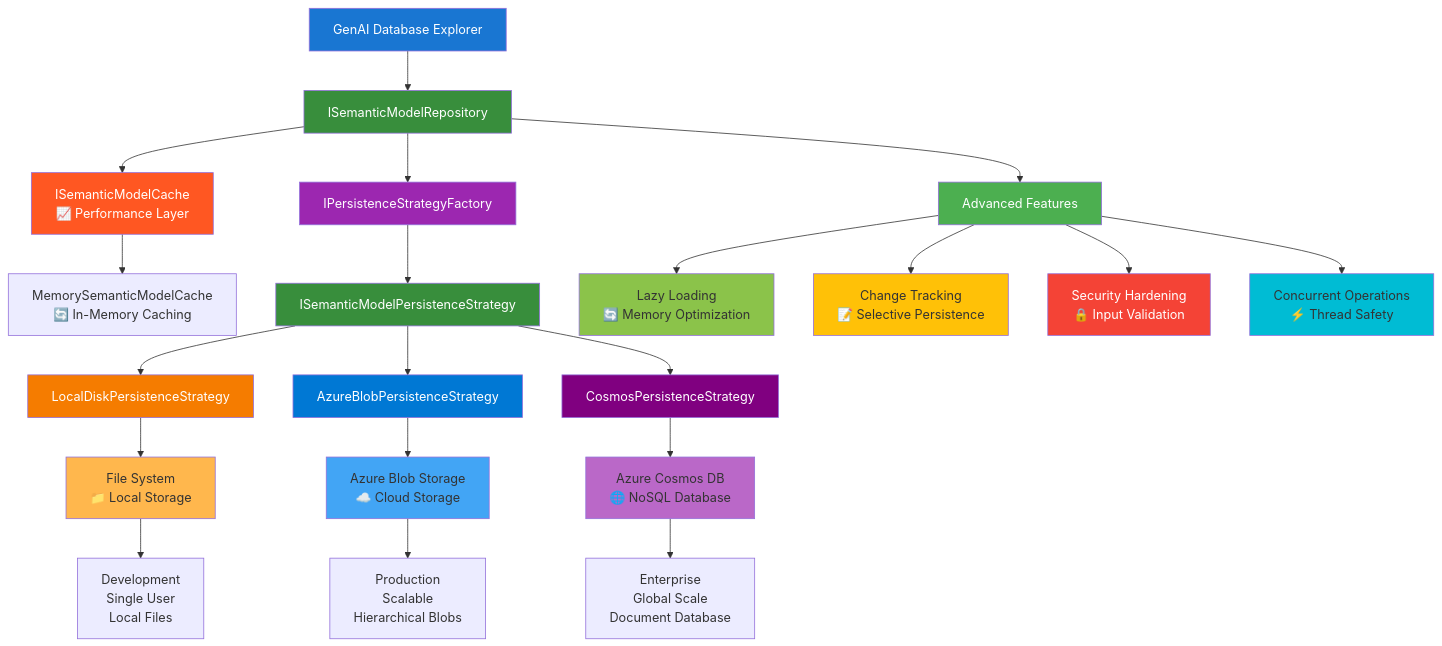
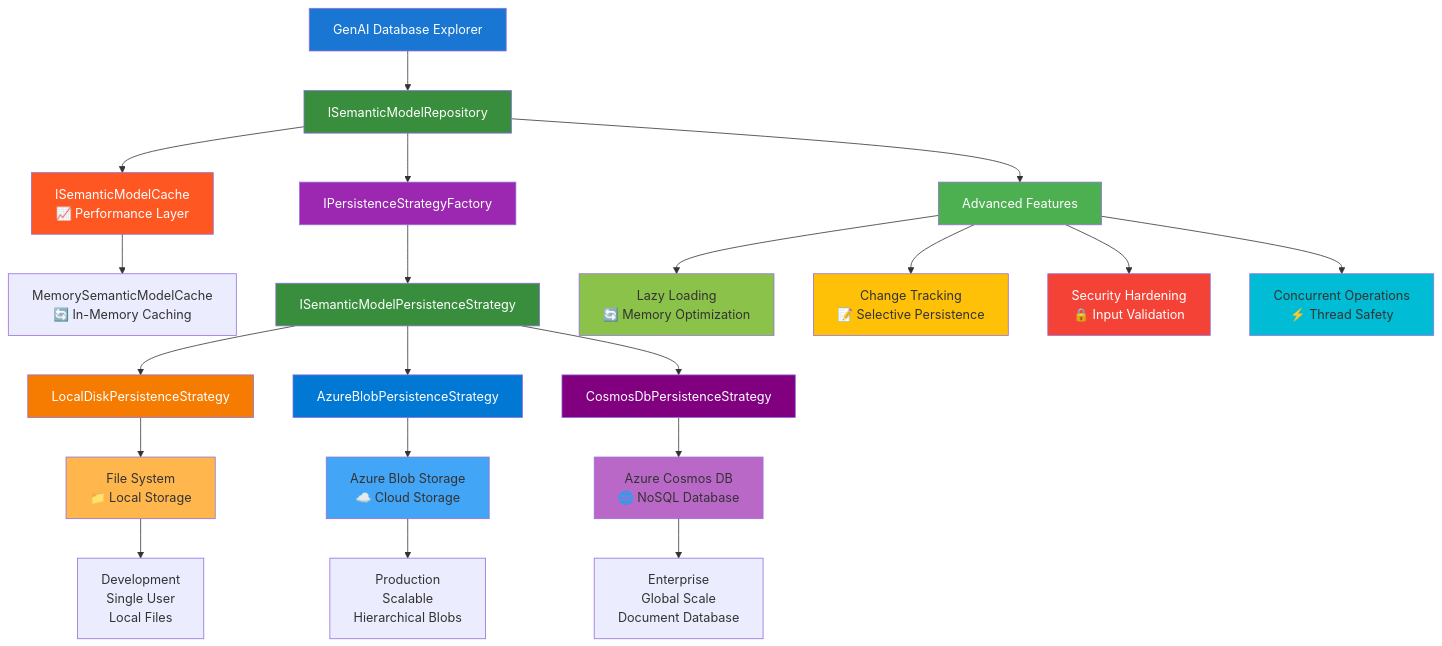
Before and after one commit to PlagueHO/genai-database-explorer: the first of 5 diagrams in docs/technical/semantic-model-storage.md, drawn with Mermaid. The commit also changed 20 other files, not shown here.

````diff
--- a/docs/technical/semantic-model-storage.md
+++ b/docs/technical/semantic-model-storage.md
@@ -11,44 +11,44 @@
 ```mermaid
 graph TB
     A[GenAI Database Explorer] --> B[ISemanticModelRepository]
     B --> C[ISemanticModelCache<br/>📈 Performance Layer]
     B --> D[IPersistenceStrategyFactory]
     
     C --> E[MemorySemanticModelCache<br/>🔄 In-Memory Caching]
     
     D --> F[ISemanticModelPersistenceStrategy]
     F --> G[LocalDiskPersistenceStrategy]
     F --> H[AzureBlobPersistenceStrategy]
-    F --> I[CosmosPersistenceStrategy]
+    F --> I[CosmosDbPersistenceStrategy]
     
     G --> J[File System<br/>📁 Local Storage]
     H --> K[Azure Blob Storage<br/>☁️ Cloud Storage]
     I --> L[Azure Cosmos DB<br/>🌐 NoSQL Database]
     
     J --> M[Development<br/>Single User<br/>Local Files]
     K --> N[Production<br/>Scalable<br/>Hierarchical Blobs]
     L --> O[Enterprise<br/>Global Scale<br/>Document Database]
     
     B --> P[Advanced Features]
     P --> Q[Lazy Loading<br/>🔄 Memory Optimization]
     P --> R[Change Tracking<br/>📝 Selective Persistence]
     P --> S[Security Hardening<br/>🔒 Input Validation]
     P --> T[Concurrent Operations<br/>⚡ Thread Safety]
     
     style A fill:#1976d2,color:#fff
     style B fill:#388e3c,color:#fff
     style C fill:#ff5722,color:#fff
     style D fill:#9c27b0,color:#fff
     style F fill:#388e3c,color:#fff
     style G fill:#f57c00,color:#fff
     style H fill:#0078d4,color:#fff
     style I fill:#800080,color:#fff
     style J fill:#ffb74d
     style K fill:#42a5f5
     style L fill:#ba68c8
     style P fill:#4caf50,color:#fff
     style Q fill:#8bc34a
     style R fill:#ffc107
     style S fill:#f44336,color:#fff
     style T fill:#00bcd4
 ```
````
